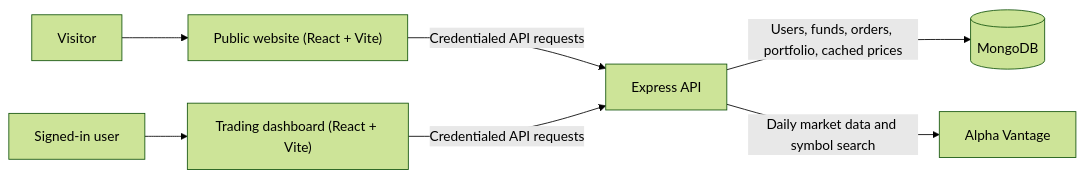
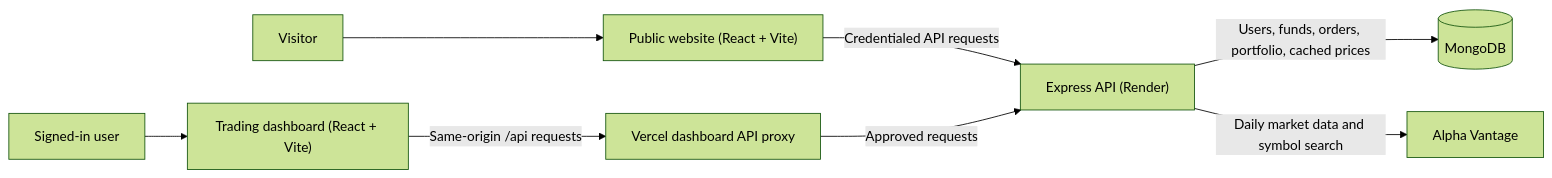
Before and after one commit to Mu-m-in/EquityFlow: the diagram in README.md, drawn with Mermaid (forest theme). The commit also changed other lines of this file, not shown here.

````diff
--- a/README.md
+++ b/README.md
@@ -64,9 +66,10 @@
 ```mermaid
 flowchart LR
     Visitor["Visitor"] --> Frontend["Public website (React + Vite)"]
     User["Signed-in user"] --> Dashboard["Trading dashboard (React + Vite)"]
-    Frontend -->|Credentialed API requests| API["Express API"]
-    Dashboard -->|Credentialed API requests| API
+    Frontend -->|Credentialed API requests| API["Express API (Render)"]
+    Dashboard -->|Same-origin /api requests| Proxy["Vercel dashboard API proxy"]
+    Proxy -->|Approved requests| API
     API -->|Users, funds, orders, portfolio, cached prices| MongoDB[("MongoDB")]
     API -->|Daily market data and symbol search| AlphaVantage["Alpha Vantage"]
 ```
````
